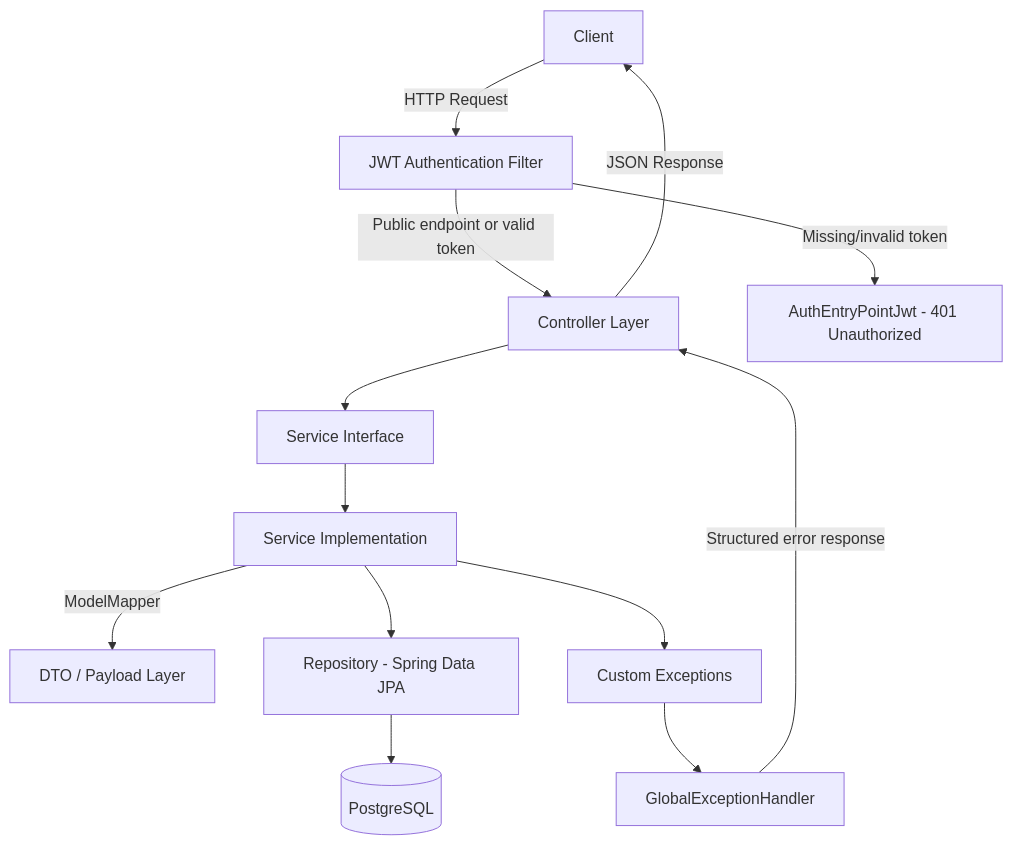
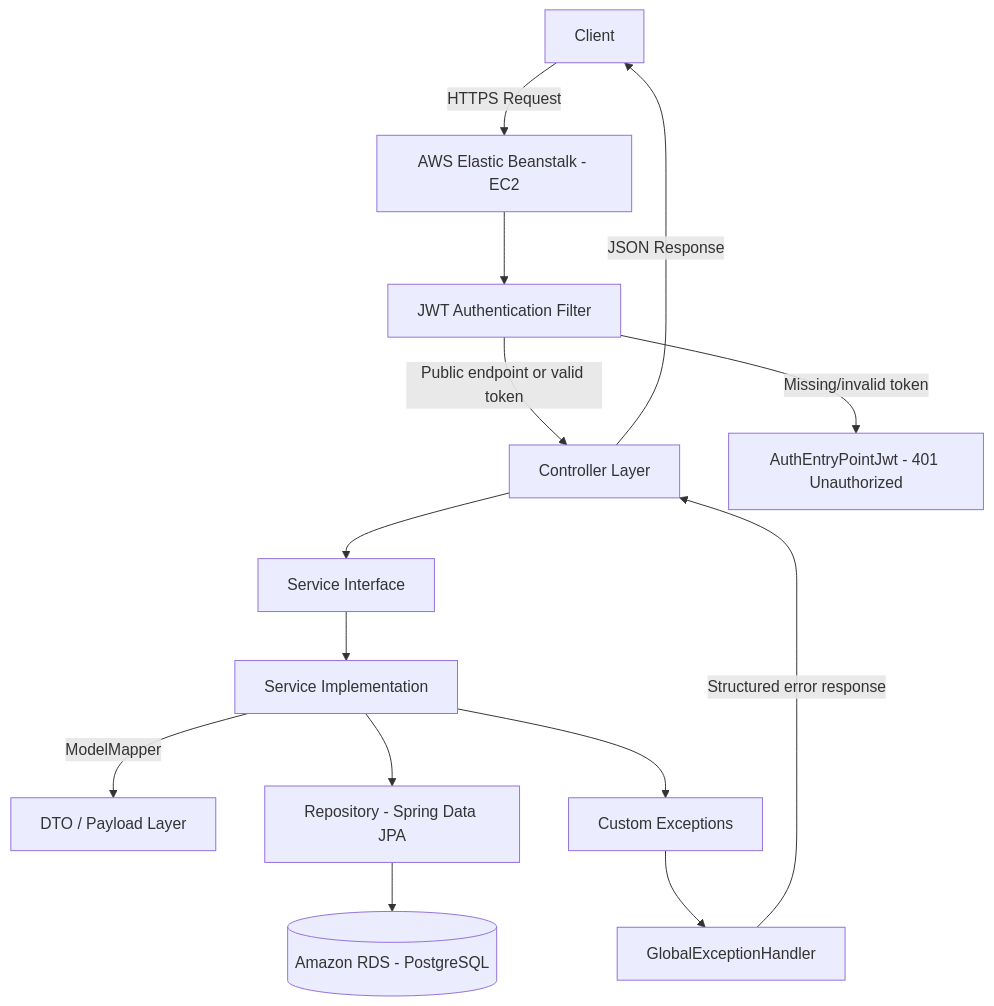
The first of 2 diagrams in README.md (Sougata2006/springboot-ecommerce), drawn with Mermaid before and after one commit. The commit also changed other lines of this file, not shown here.

Commit message:
docs: update README with AWS deployment and security configuration

````diff
--- a/README.md
+++ b/README.md
@@ -94,15 +97,16 @@
 ```mermaid
 graph TD
-    Client[Client] -->|HTTP Request| Filter[JWT Authentication Filter]
+    Client[Client] -->|HTTPS Request| EB[AWS Elastic Beanstalk - EC2]
+    EB --> Filter[JWT Authentication Filter]
     Filter -->|Public endpoint or valid token| Controller[Controller Layer]
     Filter -->|Missing/invalid token| EntryPoint[AuthEntryPointJwt - 401 Unauthorized]
     Controller --> SvcI[Service Interface]
     SvcI --> SvcImpl[Service Implementation]
     SvcImpl -->|ModelMapper| DTO[DTO / Payload Layer]
     SvcImpl --> Repo[Repository - Spring Data JPA]
-    Repo --> DB[(PostgreSQL)]
+    Repo --> RDS[(Amazon RDS - PostgreSQL)]
     SvcImpl --> Exc[Custom Exceptions]
     Exc --> GEH[GlobalExceptionHandler]
     GEH -->|Structured error response| Controller
     Controller -->|JSON Response| Client
 ```
````
